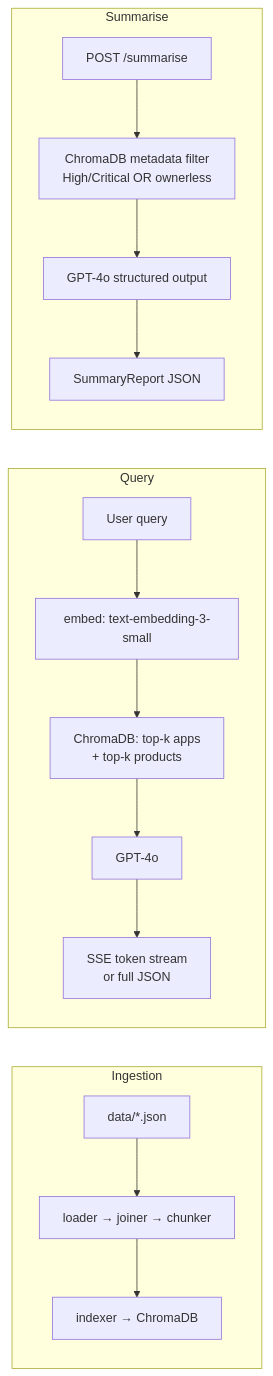
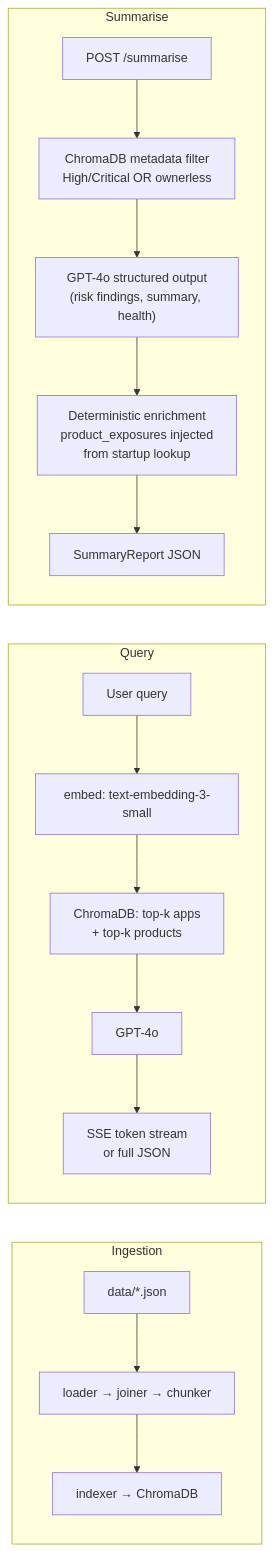
The diagram in README.md (samww/product-portfolio-rag), drawn with Mermaid before and after one commit. The commit also changed other lines of this file and 1 other file, not shown here.

Commit message:
Docs: add ADR 5 documenting hybrid architecture of /summarise endpoint
Adds ADR 5 to decisions.md explaining why product_exposures is enriched
deterministically post-hoc rather than generated by the LLM, and updates
the README architecture diagram and docs table to reflect this accurately.

````diff
--- a/README.md
+++ b/README.md
@@ -17,20 +17,21 @@
 ```mermaid
 graph LR
     subgraph Ingestion
         A["data/*.json"] --> B["loader → joiner → chunker"]
         B --> C["indexer → ChromaDB"]
     end
 
     subgraph Query
         D["User query"] --> E["embed: text-embedding-3-small"]
         E --> F["ChromaDB: top-k apps\n+ top-k products"]
         F --> G["GPT-4o"]
         G --> H["SSE token stream\nor full JSON"]
     end
 
     subgraph Summarise
         I["POST /summarise"] --> J["ChromaDB metadata filter\nHigh/Critical OR ownerless"]
-        J --> K["GPT-4o structured output"]
-        K --> L["SummaryReport JSON"]
+        J --> K["GPT-4o structured output\n(risk findings, summary, health)"]
+        K --> M["Deterministic enrichment\nproduct_exposures injected\nfrom startup lookup"]
+        M --> L["SummaryReport JSON"]
     end
 ```
````
